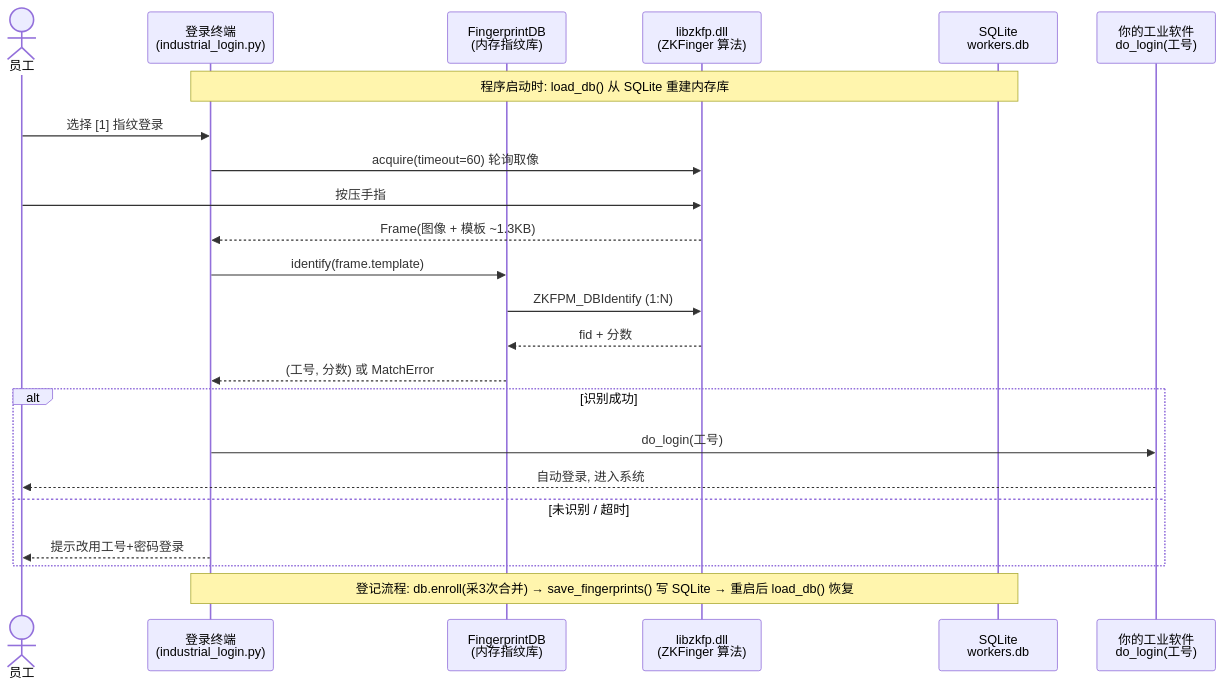
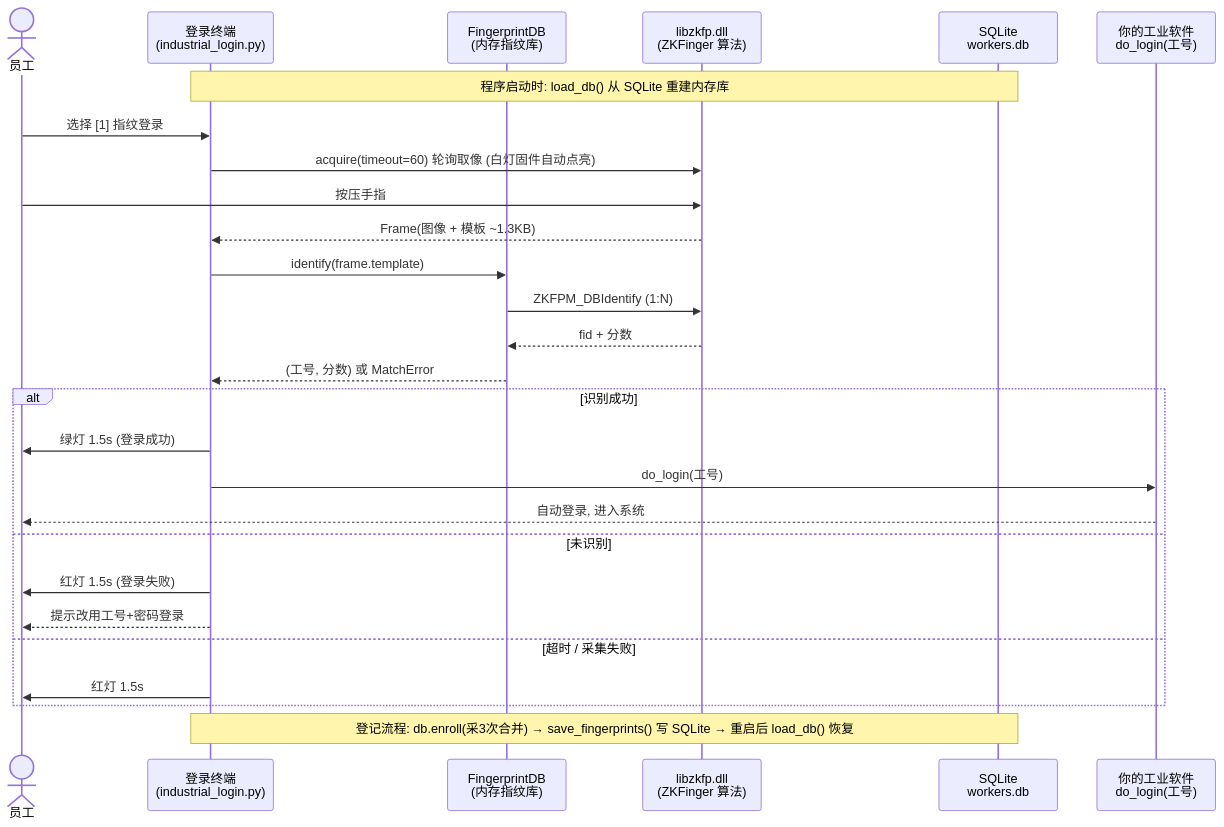
The second of 2 diagrams in README.md (yunluo/pyzk20r), drawn with Mermaid before and after one commit. The commit also changed other lines of this file and 4 other files, not shown here.

````diff
--- a/README.md
+++ b/README.md
@@ -194,28 +194,32 @@
 ```mermaid
 sequenceDiagram
     actor W as 员工
     participant App as 登录终端<br/>(industrial_login.py)
     participant DB as FingerprintDB<br/>(内存指纹库)
     participant SDK as libzkfp.dll<br/>(ZKFinger 算法)
     participant Store as SQLite<br/>workers.db
     participant MES as 你的工业软件<br/>do_login(工号)
 
     Note over App,Store: 程序启动时: load_db() 从 SQLite 重建内存库
     W->>App: 选择 [1] 指纹登录
-    App->>SDK: acquire(timeout=60) 轮询取像
+    App->>SDK: acquire(timeout=60) 轮询取像 (白灯固件自动点亮)
     W->>SDK: 按压手指
     SDK-->>App: Frame(图像 + 模板 ~1.3KB)
     App->>DB: identify(frame.template)
     DB->>SDK: ZKFPM_DBIdentify (1:N)
     SDK-->>DB: fid + 分数
     DB-->>App: (工号, 分数) 或 MatchError
 
     alt 识别成功
+        App->>W: 绿灯 1.5s (登录成功)
         App->>MES: do_login(工号)
         MES-->>W: 自动登录, 进入系统
-    else 未识别 / 超时
+    else 未识别
+        App->>W: 红灯 1.5s (登录失败)
         App-->>W: 提示改用工号+密码登录
+    else 超时 / 采集失败
+        App->>W: 红灯 1.5s
     end
 
     Note over App,Store: 登记流程: db.enroll(采3次合并) → save_fingerprints() 写 SQLite → 重启后 load_db() 恢复
 ```
````
